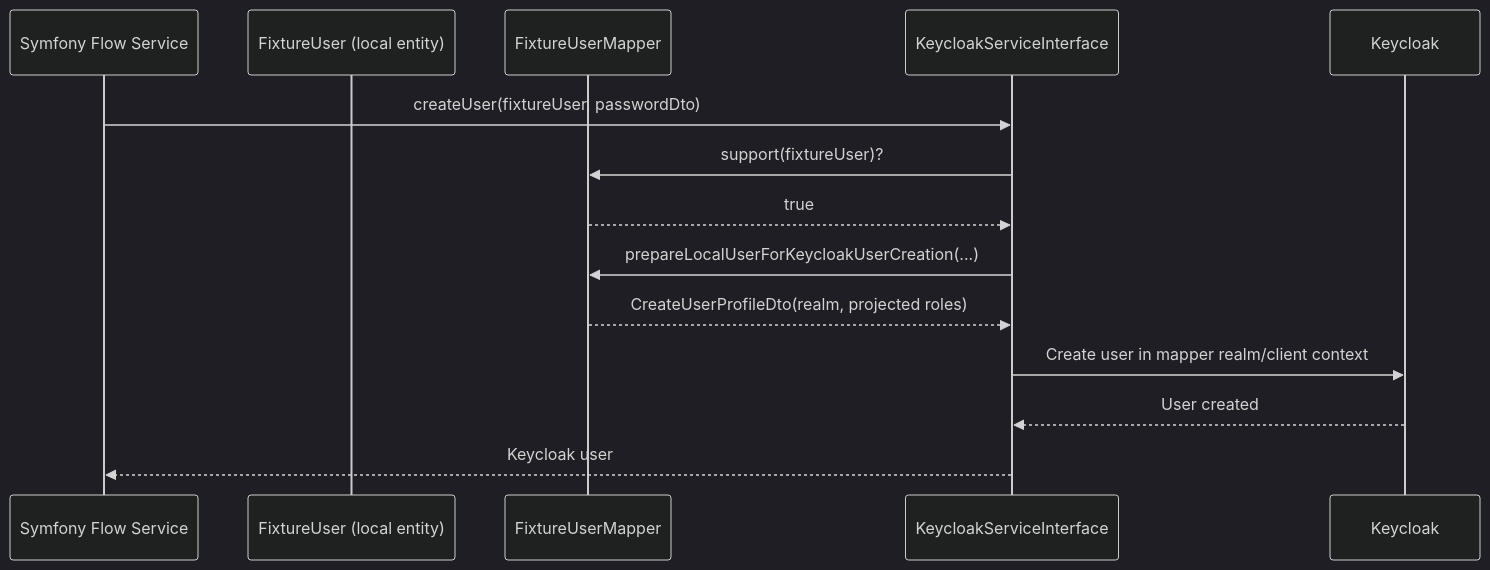
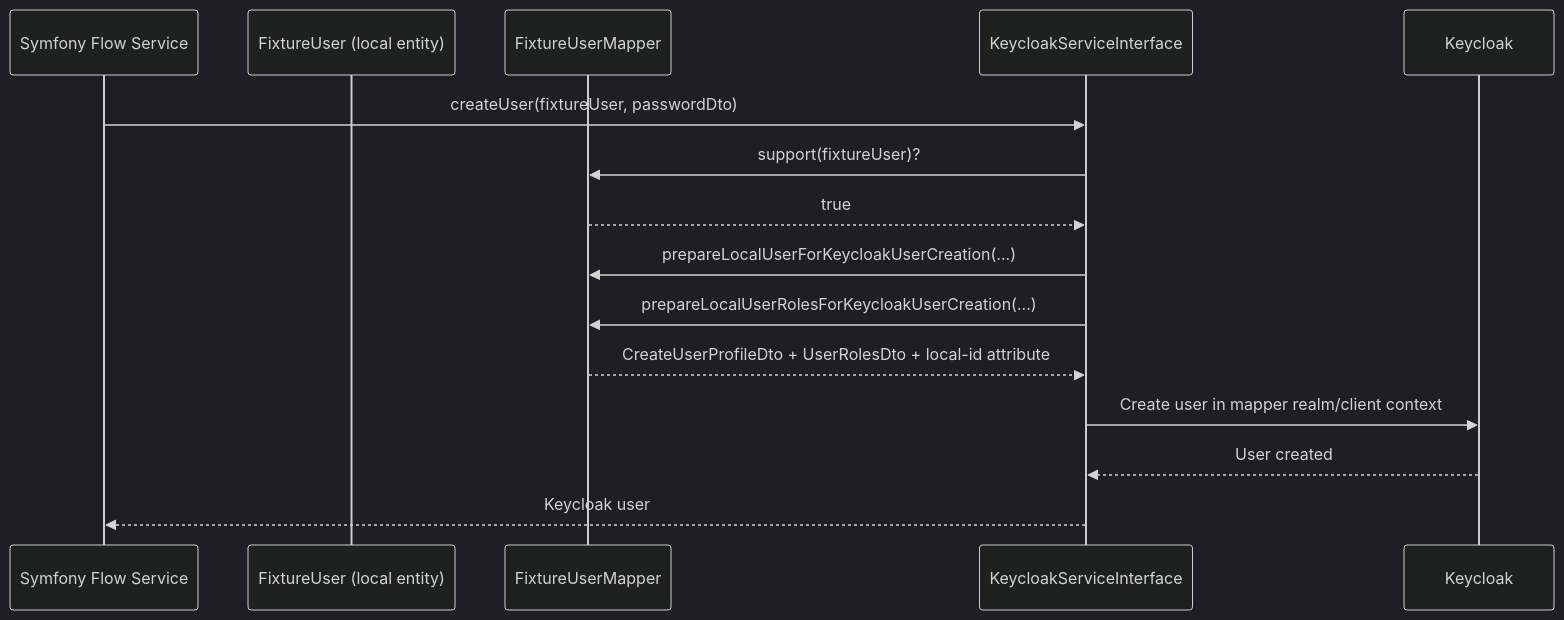
Before and after one commit to apacheborys/keycloak-cluster: the diagram in docs/use-cases/05-custom-user-mapper.md, drawn with Mermaid (dark theme). The commit also changed other lines of this file and 9 other files, not shown here.

````diff
--- a/docs/use-cases/05-custom-user-mapper.md
+++ b/docs/use-cases/05-custom-user-mapper.md
@@ -15,17 +20,18 @@
 ```mermaid
 sequenceDiagram
     participant Flow as Symfony Flow Service
     participant Entity as FixtureUser (local entity)
     participant Mapper as FixtureUserMapper
     participant KS as KeycloakServiceInterface
     participant KC as Keycloak
 
     Flow->>KS: createUser(fixtureUser, passwordDto)
     KS->>Mapper: support(fixtureUser)?
     Mapper-->>KS: true
     KS->>Mapper: prepareLocalUserForKeycloakUserCreation(...)
-    Mapper-->>KS: CreateUserProfileDto(realm, projected roles)
+    KS->>Mapper: prepareLocalUserRolesForKeycloakUserCreation(...)
+    Mapper-->>KS: CreateUserProfileDto + UserRolesDto + local-id attribute
     KS->>KC: Create user in mapper realm/client context
     KC-->>KS: User created
     KS-->>Flow: Keycloak user
 ```
````
